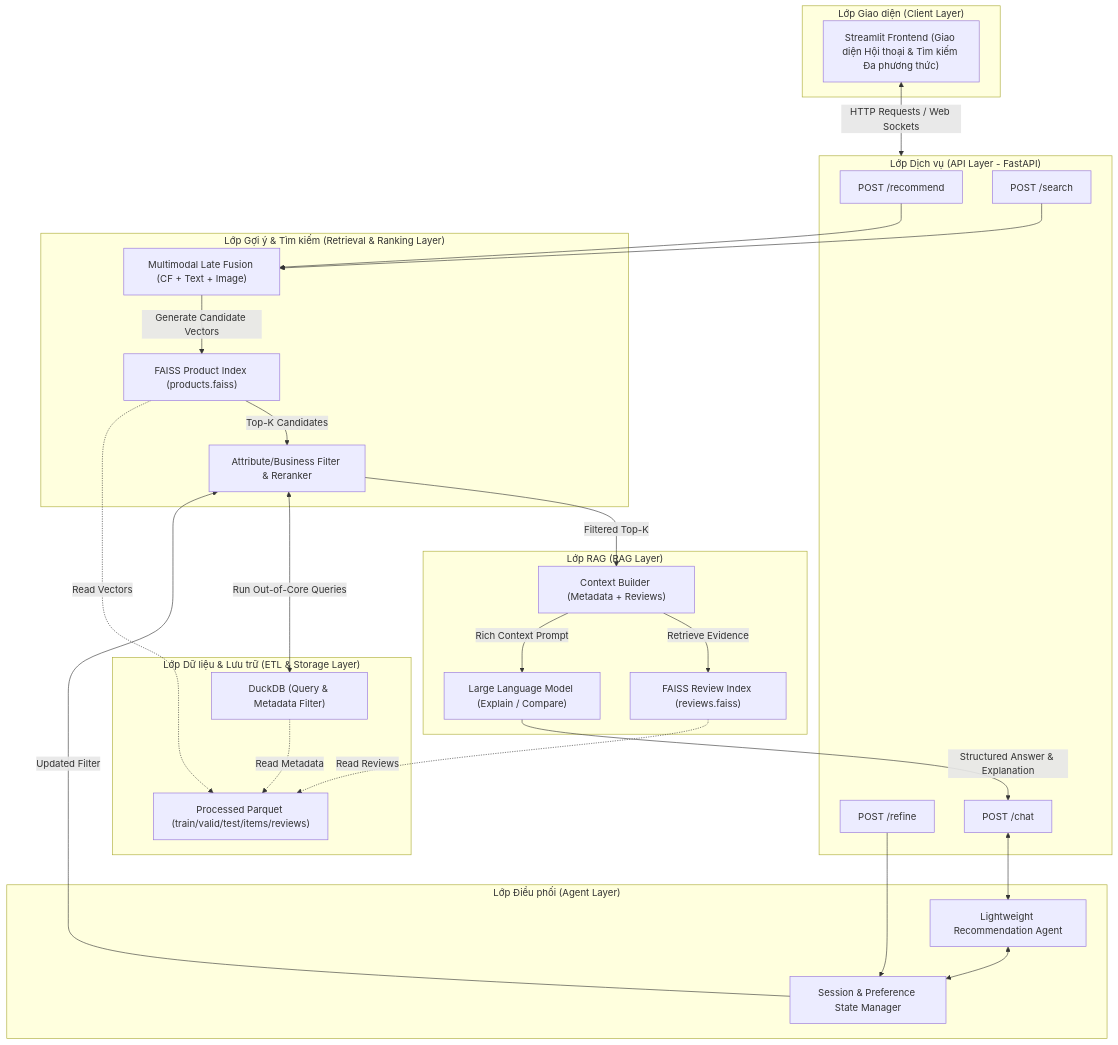
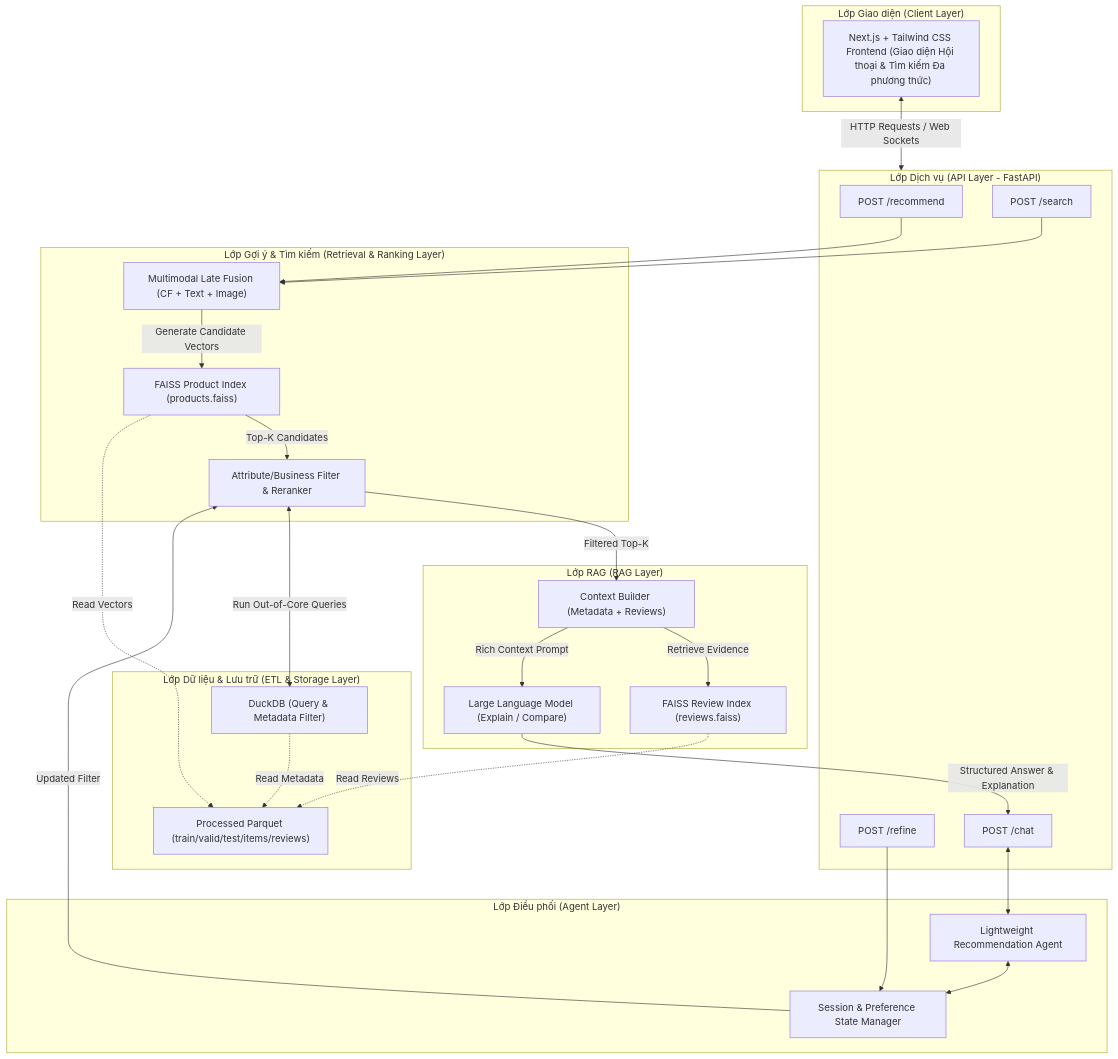
The diagram in .agents/rules/AGENT.md (NguyenVanTien204/Multimodal-Product-Recommendation-System), drawn with Mermaid before and after one commit. The commit also changed other lines of this file and 66 other files, not shown here.

Commit message:
feat: scaffold full-stack application with Next.js frontend, FastAPI backend, and ML pipeline components

````diff
--- a/.agents/rules/AGENT.md
+++ b/.agents/rules/AGENT.md
@@ -11,68 +11,68 @@
 ```mermaid
 graph TD
     %% Client Layer
     subgraph Client ["Lớp Giao diện (Client Layer)"]
-        UI["Streamlit Frontend (Giao diện Hội thoại & Tìm kiếm Đa phương thức)"]
+        UI["Next.js + Tailwind CSS Frontend (Giao diện Hội thoại & Tìm kiếm Đa phương thức)"]
     end
 
     %% API Layer
     subgraph API ["Lớp Dịch vụ (API Layer - FastAPI)"]
         EndRecommend["POST /recommend"]
         EndSearch["POST /search"]
         EndRefine["POST /refine"]
         EndChat["POST /chat"]
     end
 
     %% Orchestrator Agent
     subgraph AgentSpace ["Lớp Điều phối (Agent Layer)"]
         Agent["Lightweight Recommendation Agent"]
         SessionMgr["Session & Preference State Manager"]
     end
 
     %% Core Recommend Engine
     subgraph RecEngine ["Lớp Gợi ý & Tìm kiếm (Retrieval & Ranking Layer)"]
         Fusion["Multimodal Late Fusion (CF + Text + Image)"]
         FaissItem["FAISS Product Index (products.faiss)"]
         Reranker["Attribute/Business Filter & Reranker"]
     end
 
     %% RAG Engine
     subgraph RAGEngine ["Lớp RAG (RAG Layer)"]
         FaissReview["FAISS Review Index (reviews.faiss)"]
         ContextBuilder["Context Builder (Metadata + Reviews)"]
         LLM["Large Language Model (Explain / Compare)"]
     end
 
     %% ETL & Storage
     subgraph Storage ["Lớp Dữ liệu & Lưu trữ (ETL & Storage Layer)"]
         ParquetData["Processed Parquet (train/valid/test/items/reviews)"]
         DuckDB["DuckDB (Query & Metadata Filter)"]
     end
 
     %% Connections
     UI <--> |HTTP Requests / Web Sockets| API
     EndChat <--> Agent
     Agent <--> SessionMgr
     
     %% API connections to core engines
     EndRecommend --> Fusion
     EndSearch --> Fusion
     EndRefine --> SessionMgr
     
     %% Retrieval flow
     SessionMgr --> |Updated Filter| Reranker
     Fusion --> |Generate Candidate Vectors| FaissItem
     FaissItem --> |Top-K Candidates| Reranker
     Reranker --> |Filtered Top-K| ContextBuilder
     
     %% RAG Flow
     ContextBuilder --> |Retrieve Evidence| FaissReview
     ContextBuilder --> |Rich Context Prompt| LLM
     LLM --> |Structured Answer & Explanation| EndChat
     
     %% Storage connections
     FaissItem -.-> |Read Vectors| ParquetData
     FaissReview -.-> |Read Reviews| ParquetData
     Reranker <--> |Run Out-of-Core Queries| DuckDB
     DuckDB -.-> |Read Metadata| ParquetData
 ```
````
